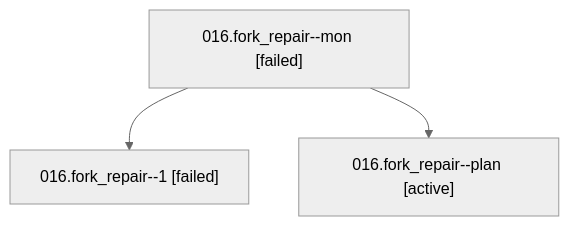
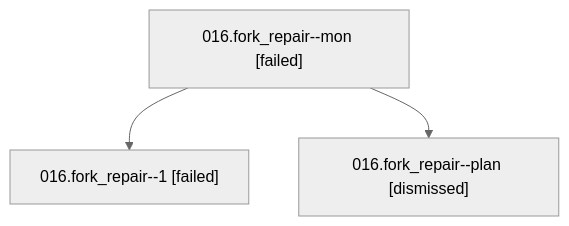
The diagram in sessions/bbugyi200.athena.016.fork_repair.md (sase-org/sase--agents), drawn with Mermaid (neutral theme) before and after one commit. The commit also changed other lines of this file and 46 other files, not shown here.

````diff
--- a/sessions/bbugyi200.athena.016.fork_repair.md
+++ b/sessions/bbugyi200.athena.016.fork_repair.md
@@ -9,8 +9,8 @@
 ```mermaid
 flowchart TD
   n0["016.fork_repair--mon [failed]"]
   n1["016.fork_repair--1 [failed]"]
   n0 --> n1
-  n2["016.fork_repair--plan [active]"]
+  n2["016.fork_repair--plan [dismissed]"]
   n0 --> n2
 ```
````
